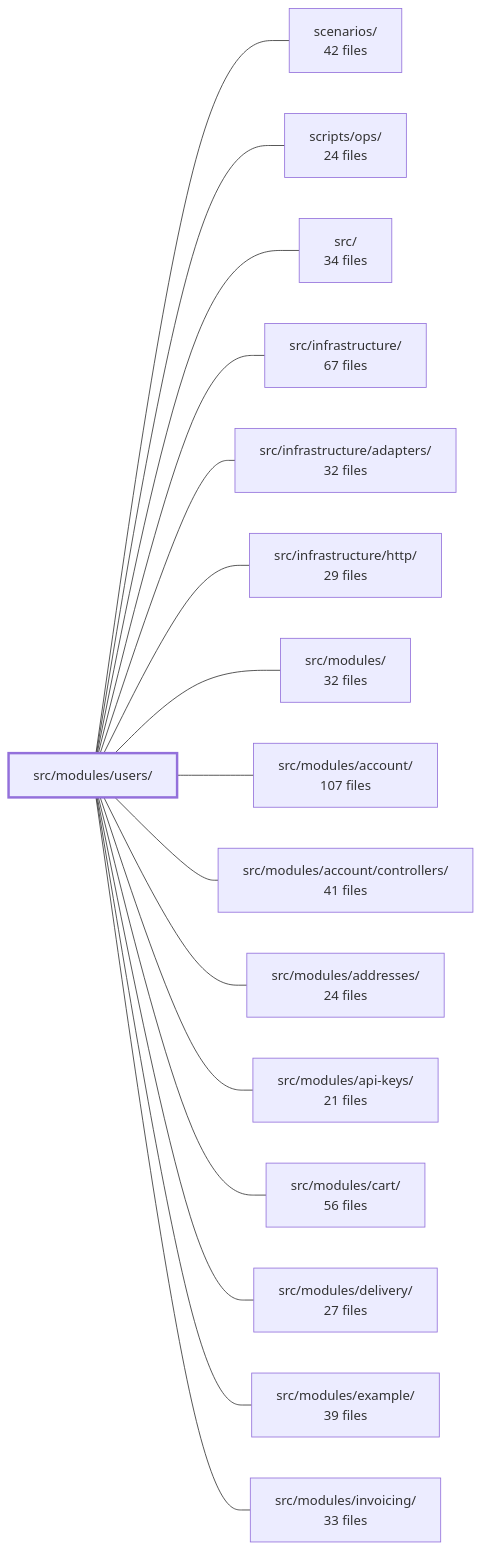
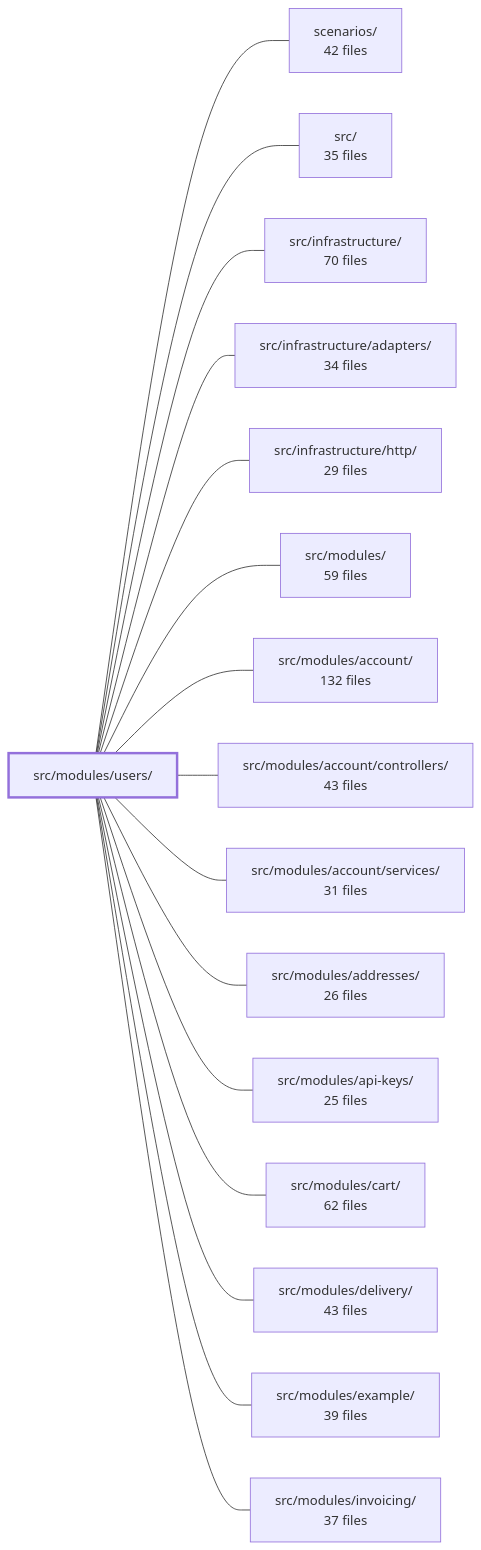
Before and after one commit to Guebbit/boilerplate-node-backend: the diagram in .2brain/modules/boilerplate-node-backend_src_modules_users.md, drawn with Mermaid. The commit also changed other lines of this file and 627 other files, not shown here.

````diff
--- a/.2brain/modules/boilerplate-node-backend_src_modules_users.md
+++ b/.2brain/modules/boilerplate-node-backend_src_modules_users.md
@@ -40,35 +42,35 @@
 ```mermaid
 flowchart LR
     m_src_modules_users["src/modules/users/"]
     m_scenarios["scenarios/<br/>42 files"]
-    m_scripts_ops["scripts/ops/<br/>24 files"]
-    m_src["src/<br/>34 files"]
-    m_src_infrastructure["src/infrastructure/<br/>67 files"]
-    m_src_infrastructure_adapters["src/infrastructure/adapters/<br/>32 files"]
+    m_src["src/<br/>35 files"]
+    m_src_infrastructure["src/infrastructure/<br/>70 files"]
+    m_src_infrastructure_adapters["src/infrastructure/adapters/<br/>34 files"]
     m_src_infrastructure_http["src/infrastructure/http/<br/>29 files"]
-    m_src_modules["src/modules/<br/>32 files"]
-    m_src_modules_account["src/modules/account/<br/>107 files"]
-    m_src_modules_account_controllers["src/modules/account/controllers/<br/>41 files"]
-    m_src_modules_addresses["src/modules/addresses/<br/>24 files"]
-    m_src_modules_api_keys["src/modules/api-keys/<br/>21 files"]
-    m_src_modules_cart["src/modules/cart/<br/>56 files"]
-    m_src_modules_delivery["src/modules/delivery/<br/>27 files"]
+    m_src_modules["src/modules/<br/>59 files"]
+    m_src_modules_account["src/modules/account/<br/>132 files"]
+    m_src_modules_account_controllers["src/modules/account/controllers/<br/>43 files"]
+    m_src_modules_account_services["src/modules/account/services/<br/>31 files"]
+    m_src_modules_addresses["src/modules/addresses/<br/>26 files"]
+    m_src_modules_api_keys["src/modules/api-keys/<br/>25 files"]
+    m_src_modules_cart["src/modules/cart/<br/>62 files"]
+    m_src_modules_delivery["src/modules/delivery/<br/>43 files"]
     m_src_modules_example["src/modules/example/<br/>39 files"]
-    m_src_modules_invoicing["src/modules/invoicing/<br/>33 files"]
+    m_src_modules_invoicing["src/modules/invoicing/<br/>37 files"]
     m_src_modules_users --- m_scenarios
-    m_src_modules_users --- m_scripts_ops
     m_src_modules_users --- m_src
     m_src_modules_users --- m_src_infrastructure
     m_src_modules_users --- m_src_infrastructure_adapters
     m_src_modules_users --- m_src_infrastructure_http
     m_src_modules_users --- m_src_modules
     m_src_modules_users --- m_src_modules_account
     m_src_modules_users --- m_src_modules_account_controllers
+    m_src_modules_users --- m_src_modules_account_services
     m_src_modules_users --- m_src_modules_addresses
     m_src_modules_users --- m_src_modules_api_keys
     m_src_modules_users --- m_src_modules_cart
     m_src_modules_users --- m_src_modules_delivery
     m_src_modules_users --- m_src_modules_example
     m_src_modules_users --- m_src_modules_invoicing
     style m_src_modules_users stroke-width:3px
 ```
````
